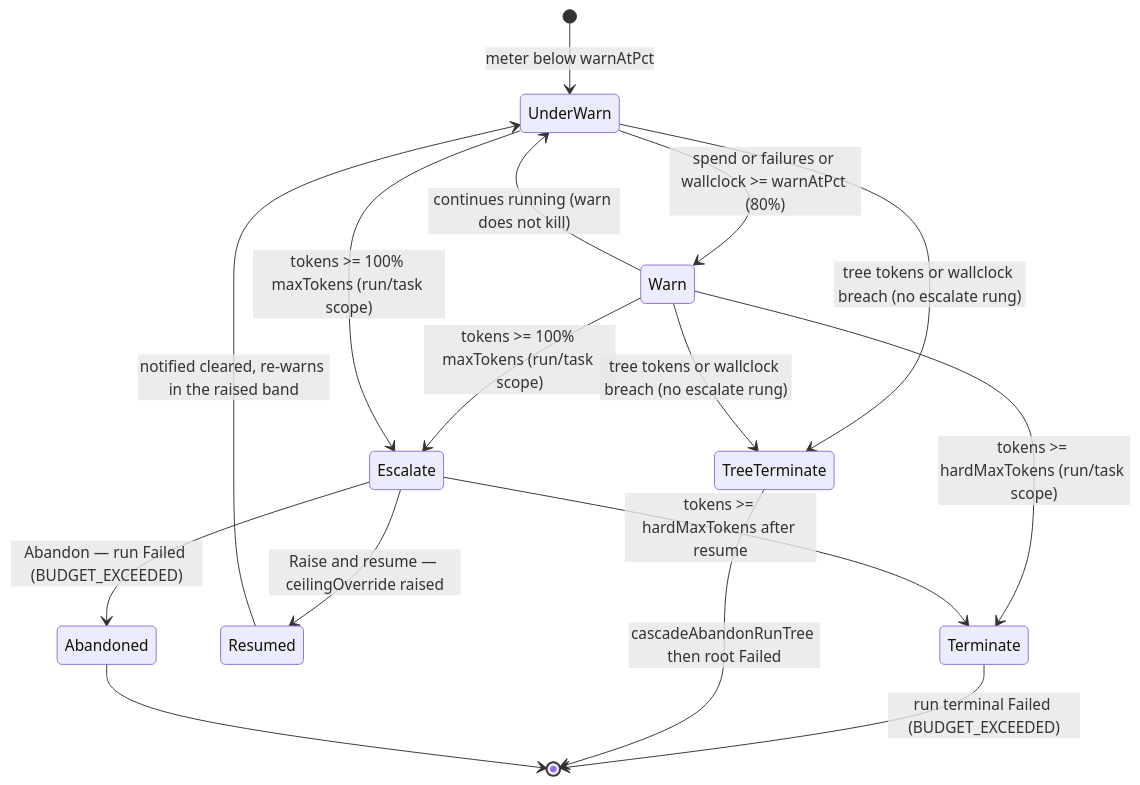
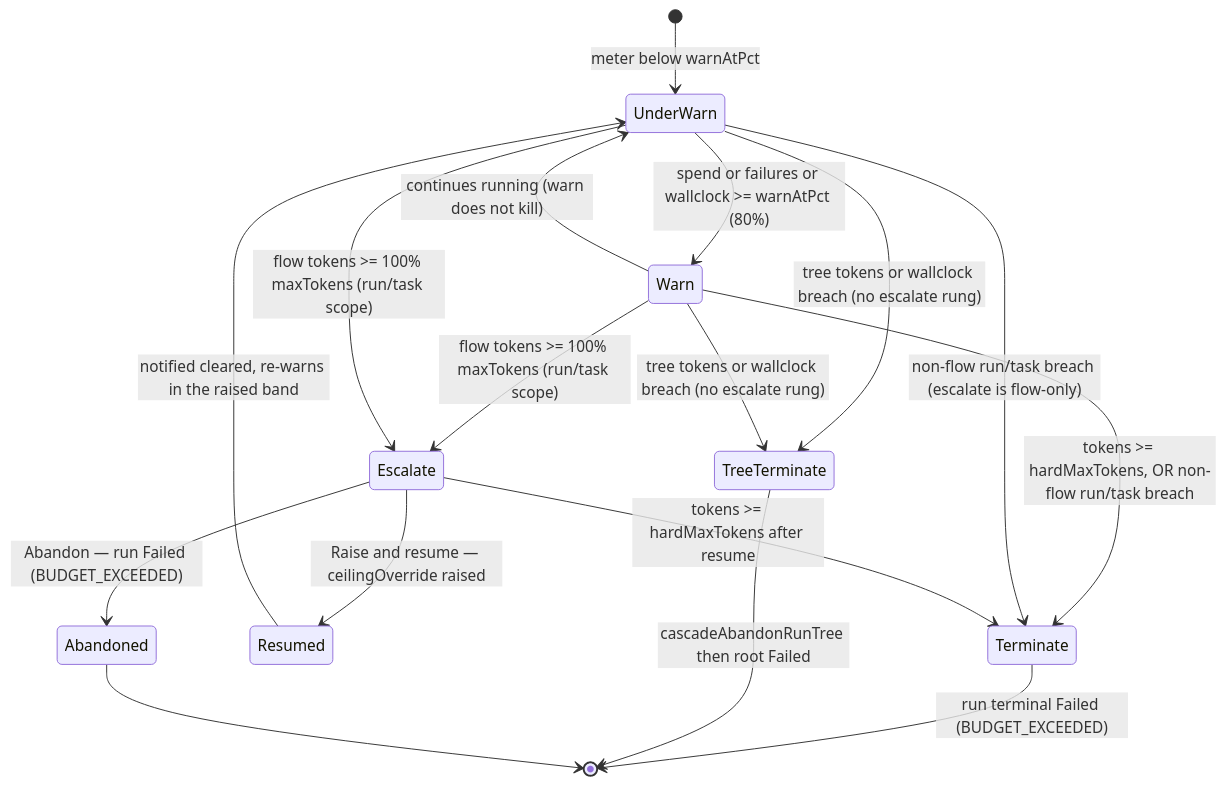
The fourth of 4 diagrams in docs/system-analytics/execution-policy.md (maister-dev/maister), drawn with Mermaid before and after one commit. The commit also changed other lines of this file and 7 other files, not shown here.

First line of the commit message:
fix(budget): scope escalate to flow runs; sync webhook contract

````diff
--- a/docs/system-analytics/execution-policy.md
+++ b/docs/system-analytics/execution-policy.md
@@ -149,18 +152,19 @@
 ```mermaid
 stateDiagram-v2
     [*] --> UnderWarn: meter below warnAtPct
     UnderWarn --> Warn: spend or failures or wallclock >= warnAtPct (80%)
-    Warn --> Escalate: tokens >= 100% maxTokens (run/task scope)
-    UnderWarn --> Escalate: tokens >= 100% maxTokens (run/task scope)
-    Warn --> Terminate: tokens >= hardMaxTokens (run/task scope)
+    Warn --> Escalate: flow tokens >= 100% maxTokens (run/task scope)
+    UnderWarn --> Escalate: flow tokens >= 100% maxTokens (run/task scope)
+    Warn --> Terminate: tokens >= hardMaxTokens, OR non-flow run/task breach
+    UnderWarn --> Terminate: non-flow run/task breach (escalate is flow-only)
     Escalate --> Terminate: tokens >= hardMaxTokens after resume
     UnderWarn --> TreeTerminate: tree tokens or wallclock breach (no escalate rung)
     Warn --> TreeTerminate: tree tokens or wallclock breach (no escalate rung)
     Escalate --> Resumed: Raise and resume — ceilingOverride raised
     Resumed --> UnderWarn: notified cleared, re-warns in the raised band
     Escalate --> Abandoned: Abandon — run Failed (BUDGET_EXCEEDED)
     Warn --> UnderWarn: continues running (warn does not kill)
     Terminate --> [*]: run terminal Failed (BUDGET_EXCEEDED)
     TreeTerminate --> [*]: cascadeAbandonRunTree then root Failed
     Abandoned --> [*]
 ```
````
